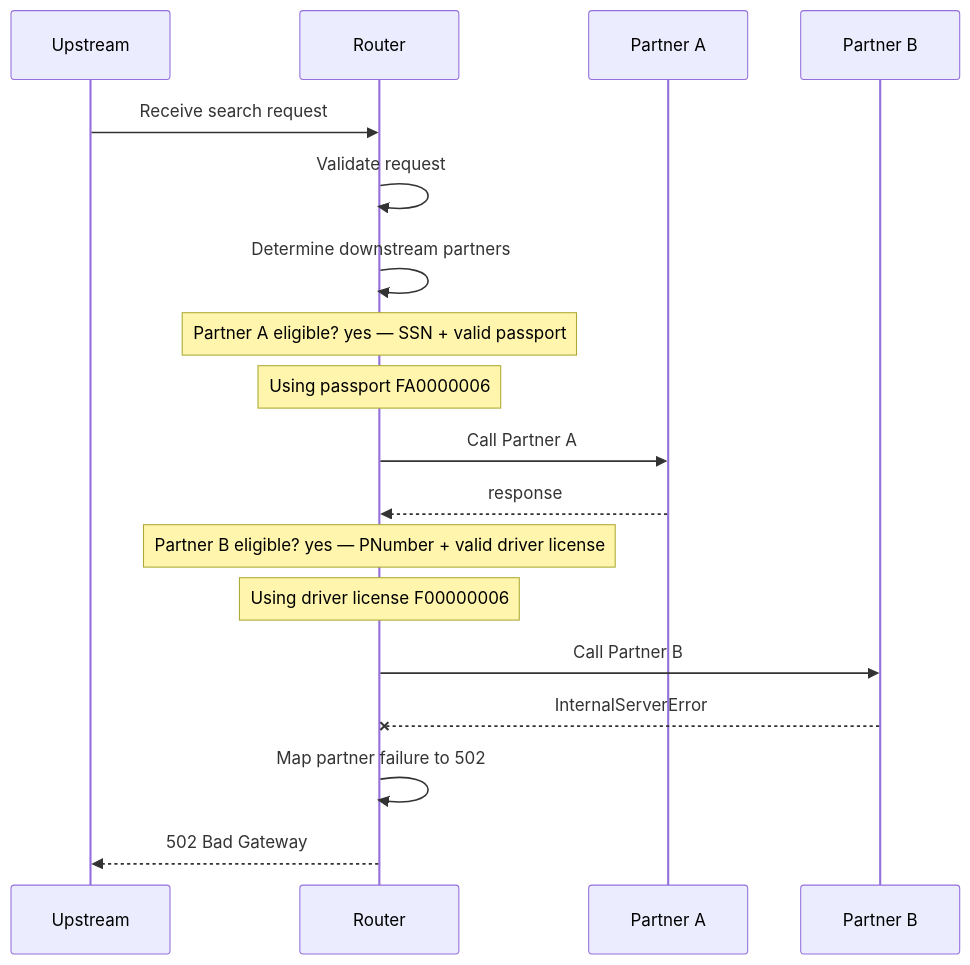
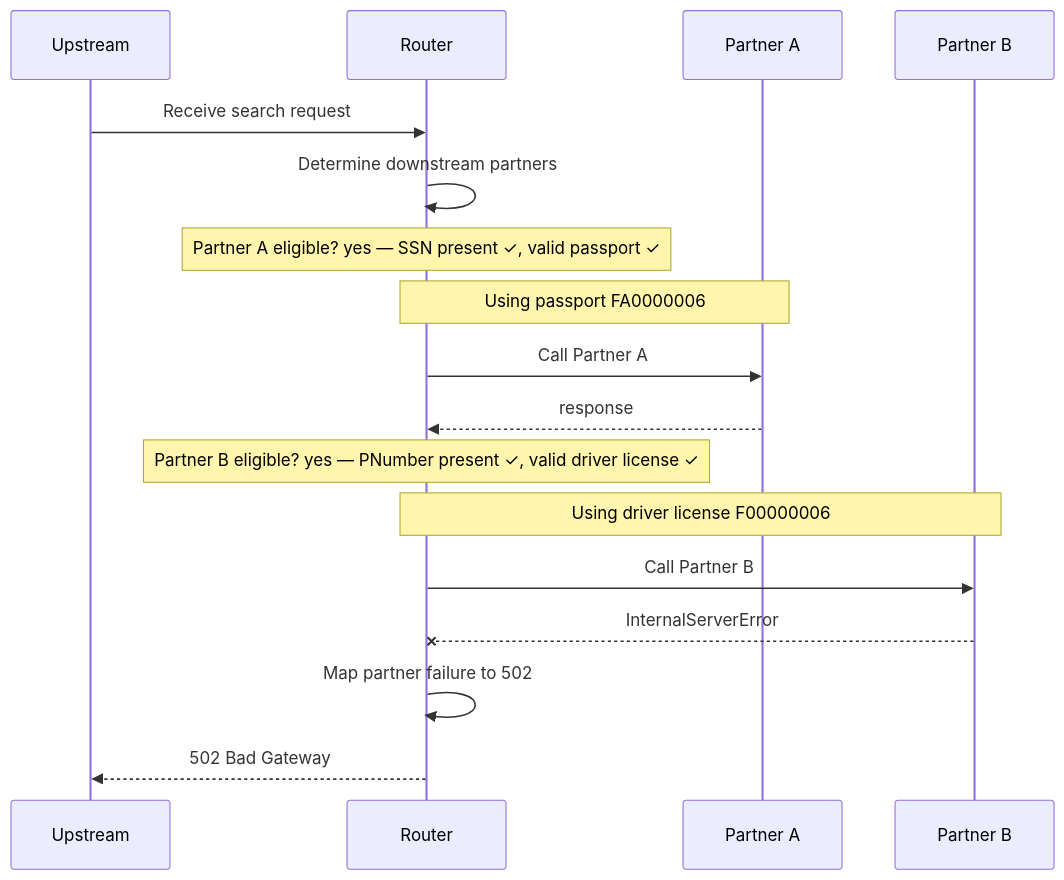
Before and after one commit to jwdomes/automockit: the diagram in main-app/docs/flows/partner-b-error.md, drawn with Mermaid. The commit also changed other lines of this file and 106 other files, not shown here.

First line of the commit message:
Extract flow docs into add-only library modules; switch Gradle to Groovy

````diff
--- a/main-app/docs/flows/partner-b-error.md
+++ b/main-app/docs/flows/partner-b-error.md
@@ -46,21 +46,20 @@
 ```mermaid
 sequenceDiagram
     %% Partner B returns 500 after A succeeds: request fails with 502 and C is never called
     participant UPSTREAM as Upstream
     participant ROUTER as Router
     participant PARTNER_A as Partner A
     participant PARTNER_B as Partner B
     UPSTREAM->>ROUTER: Receive search request
-    ROUTER->>ROUTER: Validate request
     ROUTER->>ROUTER: Determine downstream partners
-    Note over ROUTER: Partner A eligible? yes — SSN + valid passport
-    Note over ROUTER: Using passport FA0000006
+    Note over ROUTER: Partner A eligible? yes — SSN present ✓, valid passport ✓
+    Note over ROUTER,PARTNER_A: Using passport FA0000006
     ROUTER->>PARTNER_A: Call Partner A
     PARTNER_A-->>ROUTER: response
-    Note over ROUTER: Partner B eligible? yes — PNumber + valid driver license
-    Note over ROUTER: Using driver license F00000006
+    Note over ROUTER: Partner B eligible? yes — PNumber present ✓, valid driver license ✓
+    Note over ROUTER,PARTNER_B: Using driver license F00000006
     ROUTER->>PARTNER_B: Call Partner B
     PARTNER_B--xROUTER: InternalServerError
     ROUTER->>ROUTER: Map partner failure to 502
     ROUTER-->>UPSTREAM: 502 Bad Gateway
 ```
````
